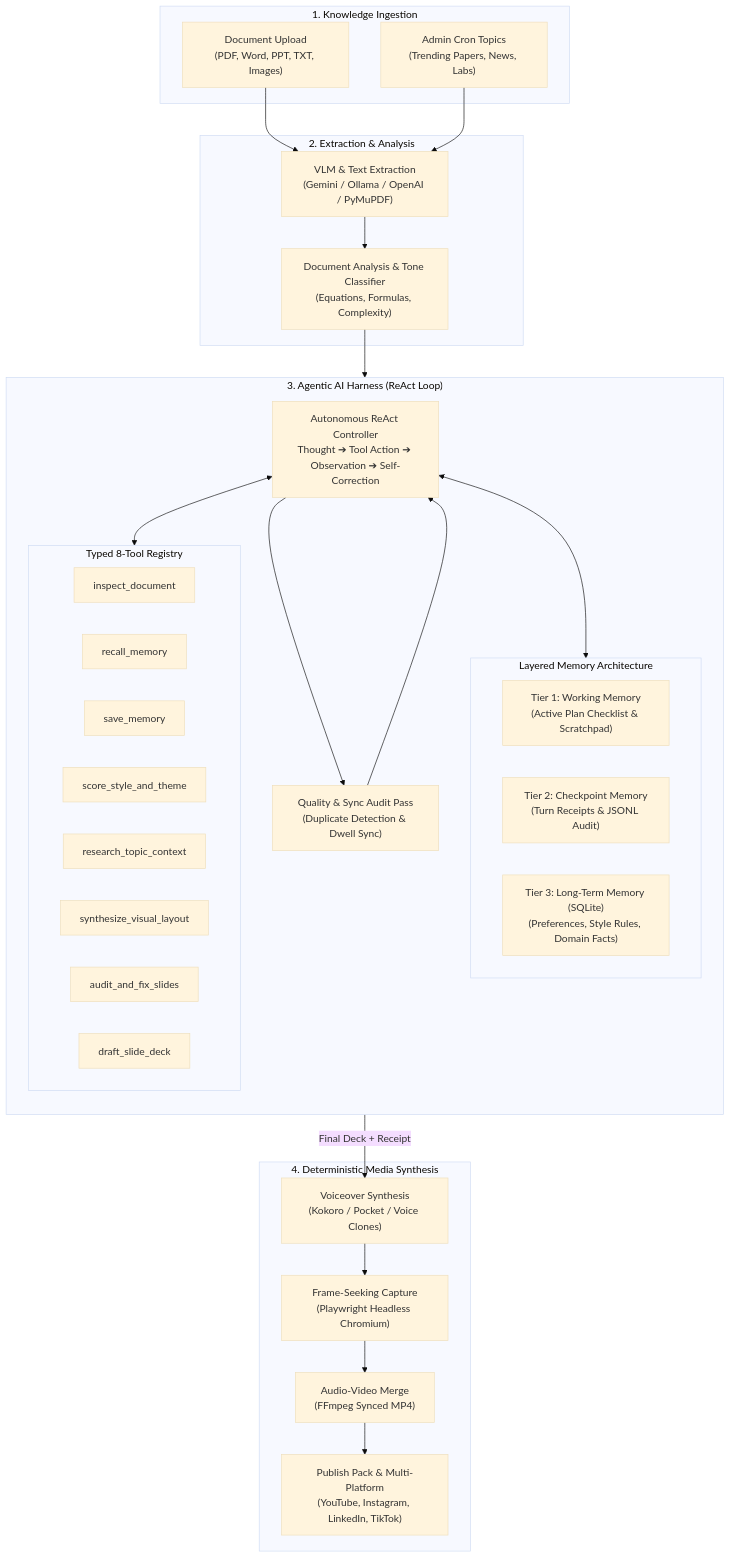
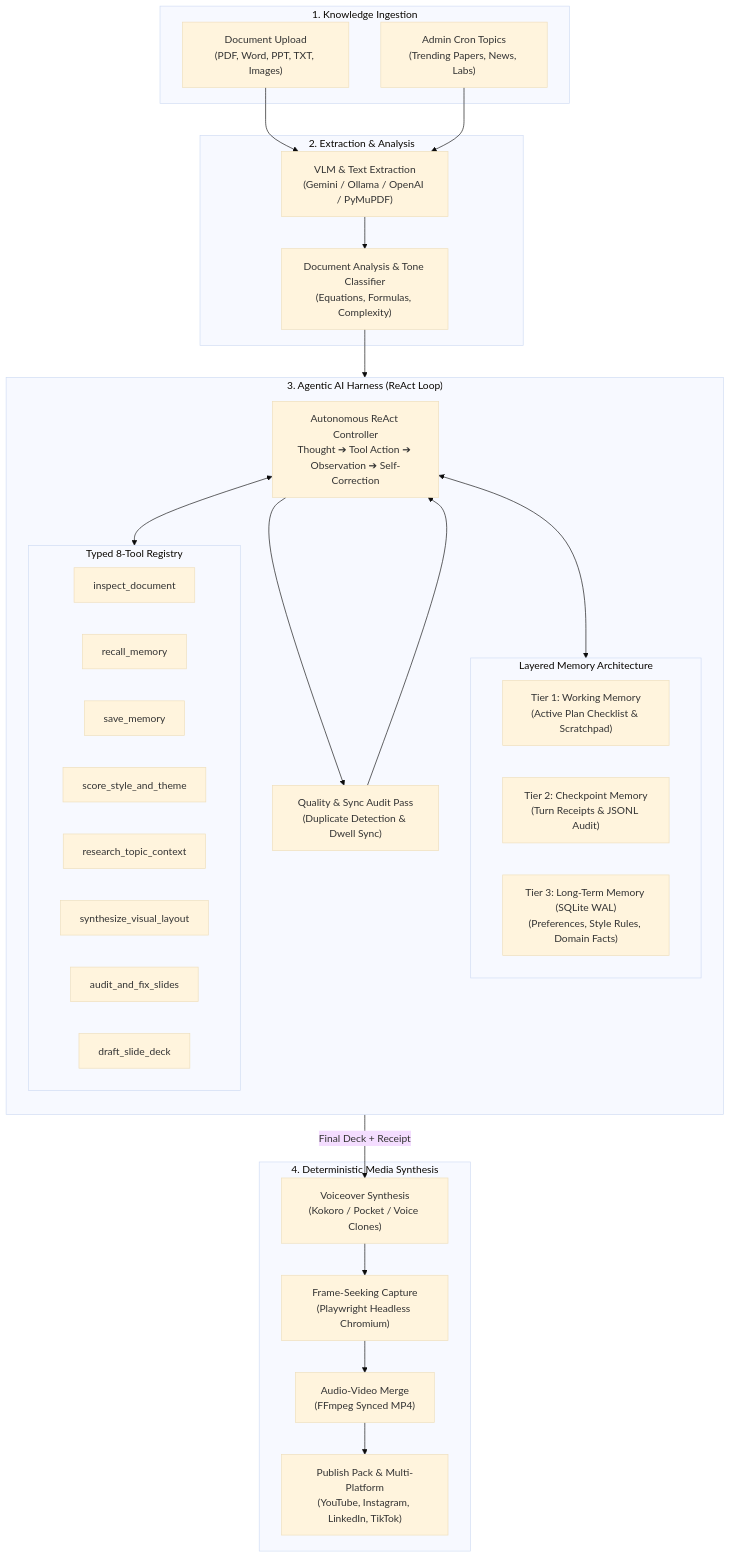
Before and after one commit to saitej123/EAG-Capstone-Project: the diagram in README.md, drawn with Mermaid (base theme). The commit also changed other lines of this file, not shown here.

````diff
--- a/README.md
+++ b/README.md
@@ -177,57 +117,57 @@
 ```mermaid
 flowchart TD
     subgraph Inputs["1. Knowledge Ingestion"]
         Doc["Document Upload<br/>(PDF, Word, PPT, TXT, Images)"]
         Cron["Admin Cron Topics<br/>(Trending Papers, News, Labs)"]
     end
 
     subgraph ExtractStage["2. Extraction & Analysis"]
         VLM["VLM & Text Extraction<br/>(Gemini / Ollama / OpenAI / PyMuPDF)"]
         Analysis["Document Analysis & Tone Classifier<br/>(Equations, Formulas, Complexity)"]
     end
 
     subgraph AgentHarness["3. Agentic AI Harness (ReAct Loop)"]
         direction TB
         subgraph MemoryTiers["Layered Memory Architecture"]
             WM["Tier 1: Working Memory<br/>(Active Plan Checklist & Scratchpad)"]
             CM["Tier 2: Checkpoint Memory<br/>(Turn Receipts & JSONL Audit)"]
-            LTM["Tier 3: Long-Term Memory (SQLite)<br/>(Preferences, Style Rules, Domain Facts)"]
+            LTM["Tier 3: Long-Term Memory (SQLite WAL)<br/>(Preferences, Style Rules, Domain Facts)"]
         end
 
         subgraph ToolRegistry["Typed 8-Tool Registry"]
             T1["inspect_document"]
             T2["recall_memory"]
             T3["save_memory"]
             T4["score_style_and_theme"]
             T5["research_topic_context"]
             T6["synthesize_visual_layout"]
             T7["audit_and_fix_slides"]
             T8["draft_slide_deck"]
         end
 
         ReAct["Autonomous ReAct Controller<br/>Thought ➔ Tool Action ➔ Observation ➔ Self-Correction"]
         Audit["Quality & Sync Audit Pass<br/>(Duplicate Detection & Dwell Sync)"]
     end
 
     subgraph VideoPipeline["4. Deterministic Media Synthesis"]
         Narrate["Voiceover Synthesis<br/>(Kokoro / Pocket / Voice Clones)"]
         Capture["Frame-Seeking Capture<br/>(Playwright Headless Chromium)"]
         Merge["Audio-Video Merge<br/>(FFmpeg Synced MP4)"]
         Publish["Publish Pack & Multi-Platform<br/>(YouTube, Instagram, LinkedIn, TikTok)"]
     end
 
     Doc --> VLM
     Cron --> VLM
     VLM --> Analysis
     Analysis --> ReAct
 
     ReAct <--> MemoryTiers
     ReAct <--> ToolRegistry
     ReAct --> Audit
     Audit --> ReAct
     ReAct -->|Final Deck + Receipt| Narrate
 
     Narrate --> Capture
     Capture --> Merge
     Merge --> Publish
 ```
````
